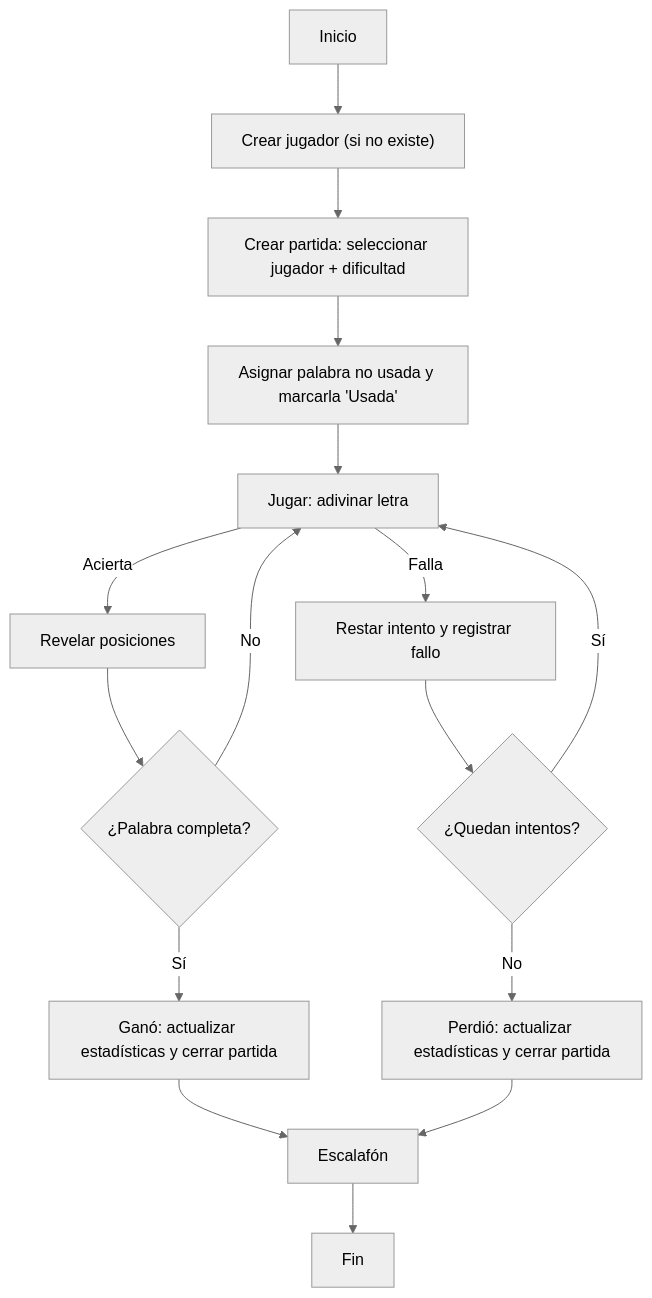
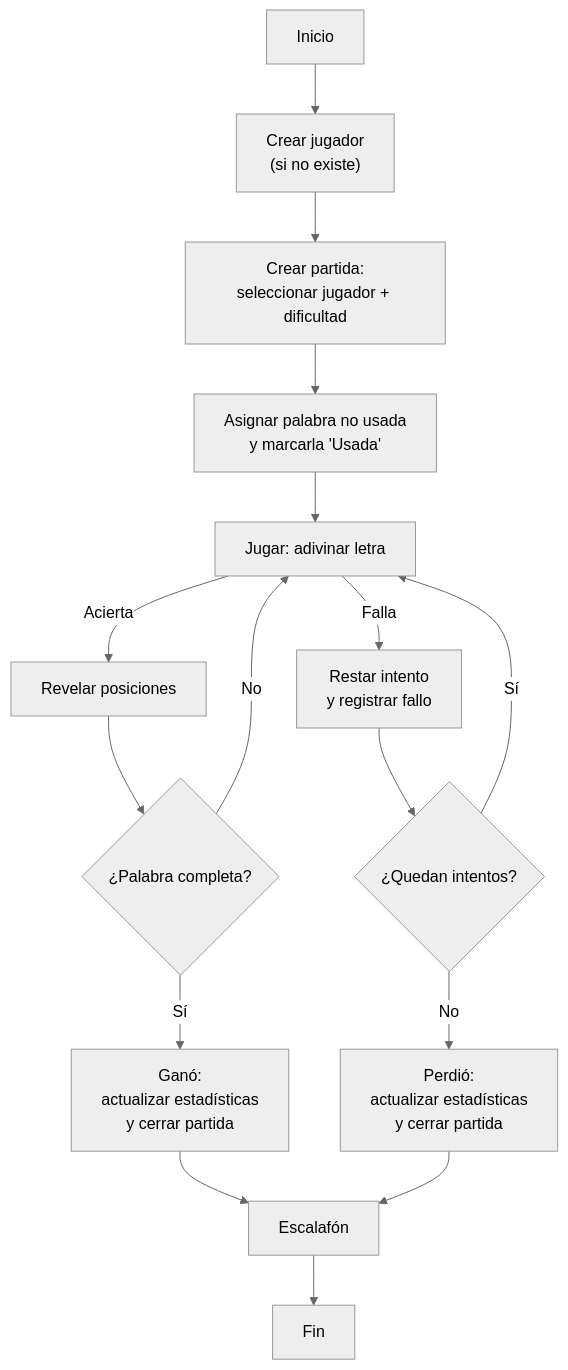
The second of 2 diagrams in Ahorcado_KimberlyLeon/README.md (theleonkim/Ahorcado_KimberlyLeon), drawn with Mermaid (neutral theme) before and after one commit.

````diff
--- a/Ahorcado_KimberlyLeon/README.md
+++ b/Ahorcado_KimberlyLeon/README.md
@@ -80,19 +80,31 @@
 ```mermaid
 flowchart TD
-    A["Inicio"] --> B["Crear jugador (si no existe)"]
-    B --> C["Crear partida: seleccionar jugador + dificultad"]
-    C --> D["Asignar palabra no usada y marcarla 'Usada'"]
-    D --> E["Jugar: adivinar letra"]
-    E -- Acierta --> F["Revelar posiciones"]
-    E -- Falla --> G["Restar intento y registrar fallo"]
-    F --> H{"¿Palabra completa?"}
-    G --> I{"¿Quedan intentos?"}
-    H -- Sí --> J["Ganó: actualizar estadísticas y cerrar partida"]
+    A["Inicio"]
+    B["Crear jugador<br/>(si no existe)"]
+    C["Crear partida:<br/>seleccionar jugador + dificultad"]
+    D["Asignar palabra no usada<br/>y marcarla 'Usada'"]
+    E["Jugar: adivinar letra"]
+    F["Revelar posiciones"]
+    G["Restar intento<br/>y registrar fallo"]
+    H{"¿Palabra completa?"}
+    I{"¿Quedan intentos?"}
+    J["Ganó:<br/>actualizar estadísticas<br/>y cerrar partida"]
+    K["Perdió:<br/>actualizar estadísticas<br/>y cerrar partida"]
+    L["Escalafón"]
+    M["Fin"]
+
+    A --> B --> C --> D --> E
+    E -- Acierta --> F
+    E -- Falla --> G
+    F --> H
+    G --> I
+    H -- Sí --> J
     H -- No --> E
     I -- Sí --> E
-    I -- No --> K["Perdió: actualizar estadísticas y cerrar partida"]
-    J --> L["Escalafón"]
+    I -- No --> K
+    J --> L
     K --> L
-    L --> M["Fin"]
+    L --> M
+
    
 ```
````
